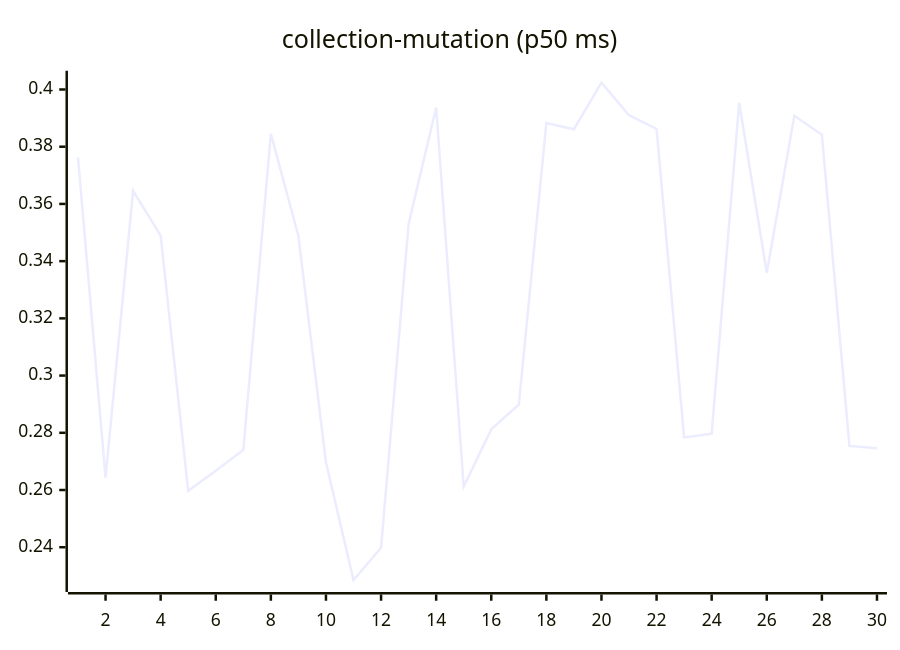
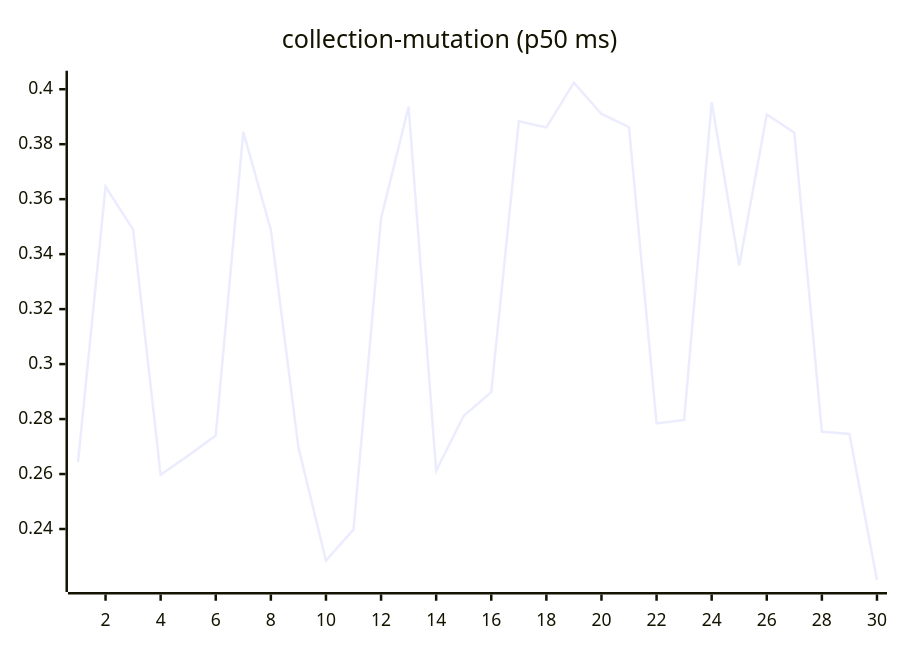
Before and after one commit to josha/Facet: the sixth of 27 diagrams in README.md, drawn with Mermaid. The commit also changed other lines of this file and 2 other files, not shown here.

````diff
--- a/README.md
+++ b/README.md
@@ -98,6 +98,6 @@
 ```mermaid
 xychart-beta
     title "collection-mutation (p50 ms)"
     x-axis 1 --> 30
-    line [0.3763, 0.2643, 0.3646, 0.3489, 0.2597, 0.2667, 0.2740, 0.3845, 0.3488, 0.2697, 0.2285, 0.2398, 0.3530, 0.3937, 0.2612, 0.2812, 0.2898, 0.3883, 0.3861, 0.4024, 0.3910, 0.3862, 0.2784, 0.2797, 0.3953, 0.3359, 0.3908, 0.3842, 0.2754, 0.2746]
+    line [0.2643, 0.3646, 0.3489, 0.2597, 0.2667, 0.2740, 0.3845, 0.3488, 0.2697, 0.2285, 0.2398, 0.3530, 0.3937, 0.2612, 0.2812, 0.2898, 0.3883, 0.3861, 0.4024, 0.3910, 0.3862, 0.2784, 0.2797, 0.3953, 0.3359, 0.3908, 0.3842, 0.2754, 0.2746, 0.2214]
 ```
````
